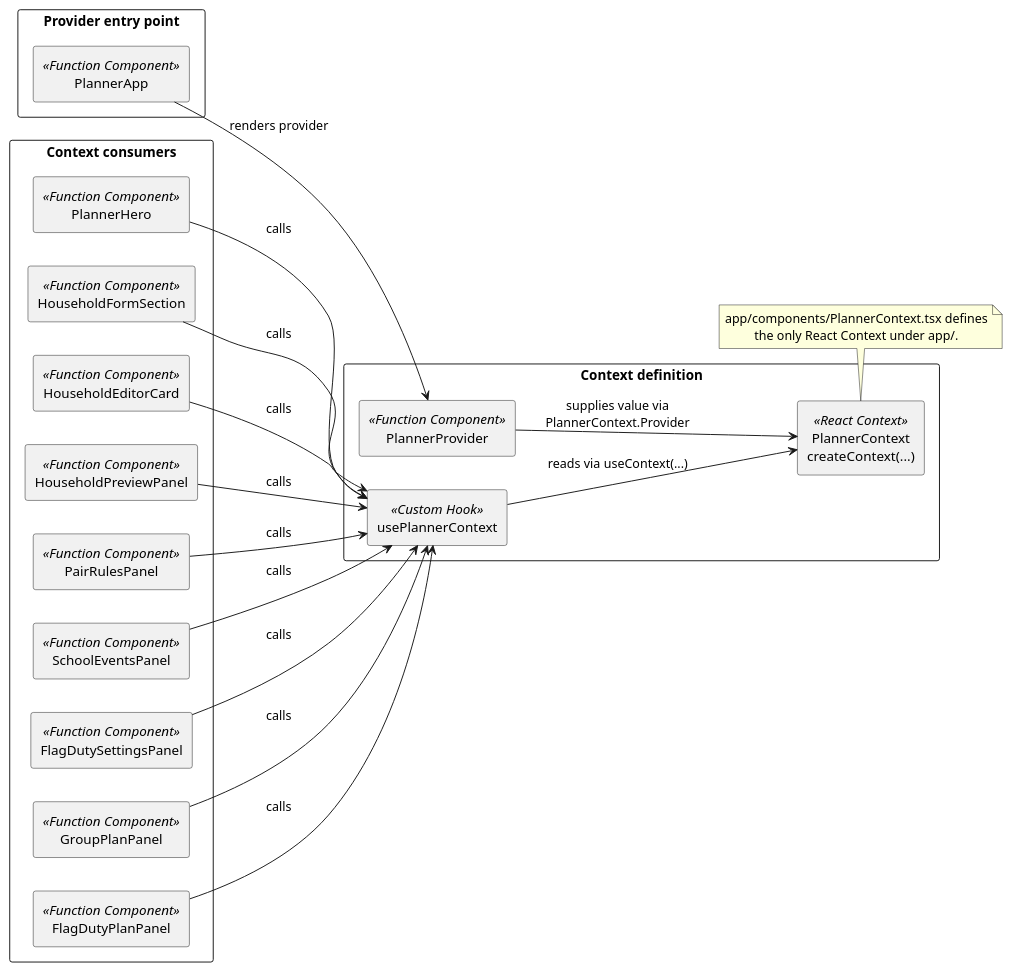
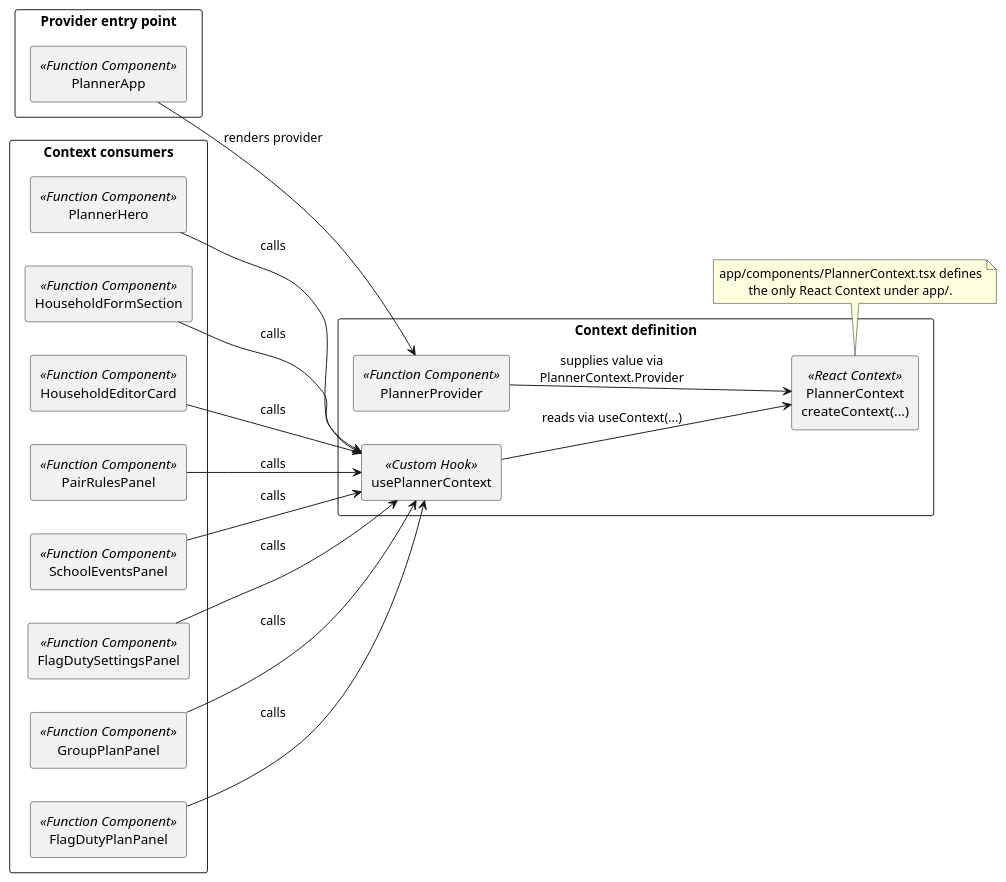
One commit to kusa-mochi/shudan-toko-maker changed the diagram in doc/app-context-relations.puml. Above: the diagram before and after it, drawn with PlantUML. The commit also changed 3 other files, not shown here.

Commit message:
不要なカードおよび関連するPlantUMLの記載を削除

```diff
--- a/doc/app-context-relations.puml
+++ b/doc/app-context-relations.puml
@@ -1,49 +1,47 @@
 @startuml
 left to right direction
 skinparam componentStyle rectangle
 skinparam shadowing false
 skinparam packageStyle rectangle
 skinparam defaultTextAlignment center
 
 package "Context definition" {
   component "PlannerContext\ncreateContext(...)" as PlannerContext <<React Context>>
   component "PlannerProvider" as PlannerProvider <<Function Component>>
   component "usePlannerContext" as UsePlannerContext <<Custom Hook>>
 }
 
 package "Provider entry point" {
   component "PlannerApp" as PlannerApp <<Function Component>>
 }
 
 package "Context consumers" {
   component "PlannerHero" as PlannerHero <<Function Component>>
   component "HouseholdFormSection" as HouseholdFormSection <<Function Component>>
   component "HouseholdEditorCard" as HouseholdEditorCard <<Function Component>>
-  component "HouseholdPreviewPanel" as HouseholdPreviewPanel <<Function Component>>
   component "PairRulesPanel" as PairRulesPanel <<Function Component>>
   component "SchoolEventsPanel" as SchoolEventsPanel <<Function Component>>
   component "FlagDutySettingsPanel" as FlagDutySettingsPanel <<Function Component>>
   component "GroupPlanPanel" as GroupPlanPanel <<Function Component>>
   component "FlagDutyPlanPanel" as FlagDutyPlanPanel <<Function Component>>
 }
 
 PlannerApp --> PlannerProvider : renders provider
 PlannerProvider --> PlannerContext : supplies value via\nPlannerContext.Provider
 UsePlannerContext --> PlannerContext : reads via useContext(...)
 
 PlannerHero --> UsePlannerContext : calls
 HouseholdFormSection --> UsePlannerContext : calls
 HouseholdEditorCard --> UsePlannerContext : calls
-HouseholdPreviewPanel --> UsePlannerContext : calls
 PairRulesPanel --> UsePlannerContext : calls
 SchoolEventsPanel --> UsePlannerContext : calls
 FlagDutySettingsPanel --> UsePlannerContext : calls
 GroupPlanPanel --> UsePlannerContext : calls
 FlagDutyPlanPanel --> UsePlannerContext : calls
 
 note bottom of PlannerContext
   app/components/PlannerContext.tsx defines
   the only React Context under app/.
 end note
 
 @enduml
```
